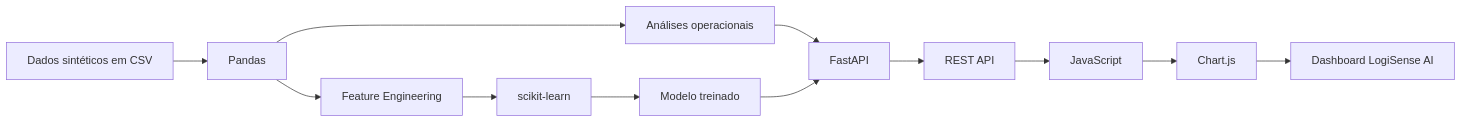
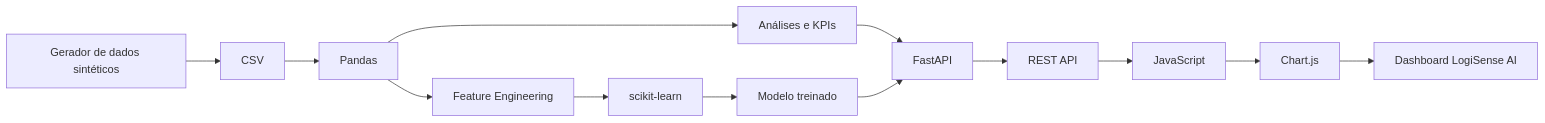
One commit to dudxzz-25/logisense-ai changed the diagram in README.md. Above: the diagram before and after it, drawn with Mermaid. The commit also changed other lines of this file, not shown here.

First line of the commit message:
docs: finalize LogiSense AI README

````diff
--- a/README.md
+++ b/README.md
@@ -254,14 +79,15 @@
 ```mermaid
 flowchart LR
-    A[Dados sintéticos em CSV] --> B[Pandas]
-    B --> C[Análises operacionais]
-    B --> D[Feature Engineering]
-    D --> E[scikit-learn]
-    E --> F[Modelo treinado]
-    C --> G[FastAPI]
-    F --> G
-    G --> H[REST API]
-    H --> I[JavaScript]
-    I --> J[Chart.js]
-    J --> K[Dashboard LogiSense AI]
+    A[Gerador de dados sintéticos] --> B[CSV]
+    B --> C[Pandas]
+    C --> D[Análises e KPIs]
+    C --> E[Feature Engineering]
+    E --> F[scikit-learn]
+    F --> G[Modelo treinado]
+    D --> H[FastAPI]
+    G --> H
+    H --> I[REST API]
+    I --> J[JavaScript]
+    J --> K[Chart.js]
+    K --> L[Dashboard LogiSense AI]
 ```
````
